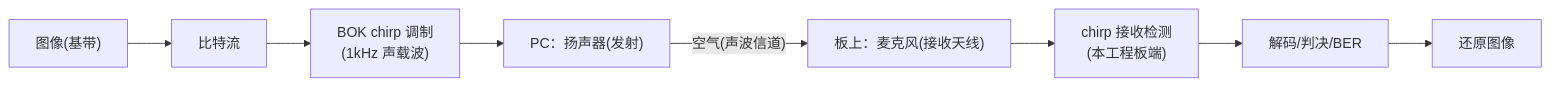
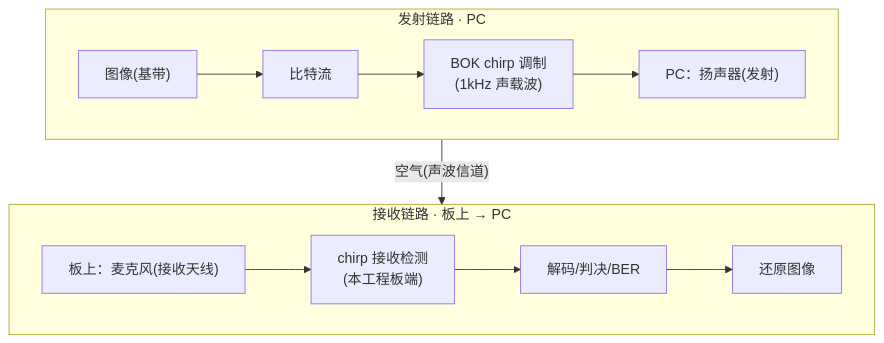
The first of 2 diagrams in documents/实验二_chirp扩频.md (padhialuo0426/portable-acoustic-sdr), drawn with Mermaid before and after one commit.

Commit message:
docs: 实验二系统模型折成两行(发射/接收子图)避免字过小
用 TB + 两个 LR 子图把发射链路、接收链路分两行排，
扬声器经"空气"连到麦克风跨行，节点不再挤在一行。

````diff
--- a/documents/实验二_chirp扩频.md
+++ b/documents/实验二_chirp扩频.md
@@ -9,6 +9,12 @@
 ```mermaid
-flowchart LR
-    img["图像(基带)"] --> bits["比特流"] --> mod["BOK chirp 调制<br/>(1kHz 声载波)"] --> spk["PC：扬声器(发射)"]
-    spk -->|"空气(声波信道)"| mic["板上：麦克风(接收天线)"]
-    mic --> det["chirp 接收检测<br/>(本工程板端)"] --> dec["解码/判决/BER"] --> out["还原图像"]
+flowchart TB
+    subgraph TX["发射链路 · PC"]
+        direction LR
+        img["图像(基带)"] --> bits["比特流"] --> mod["BOK chirp 调制<br/>(1kHz 声载波)"] --> spk["PC：扬声器(发射)"]
+    end
+    subgraph RX["接收链路 · 板上 → PC"]
+        direction LR
+        mic["板上：麦克风(接收天线)"] --> det["chirp 接收检测<br/>(本工程板端)"] --> dec["解码/判决/BER"] --> out["还原图像"]
+    end
+    spk -->|"空气(声波信道)"| mic
 ```
````
